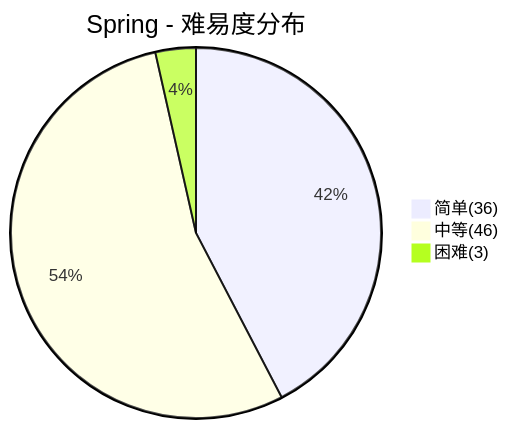
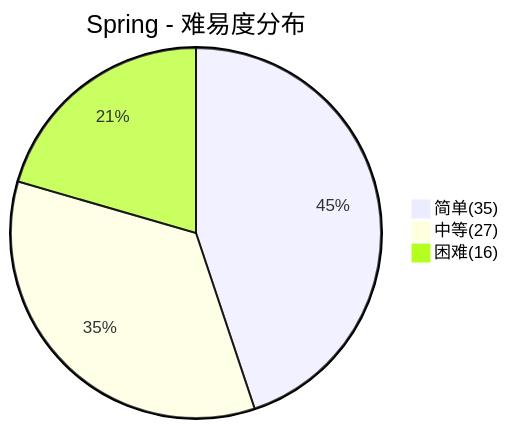
One commit to dunwu/waterdrop changed the second of 6 diagrams in docs/99.面试/Java框架面试.md. Above: the diagram before and after it, drawn with Mermaid. The commit also changed other lines of this file and 73 other files, not shown here.

````diff
--- a/docs/99.面试/Java框架面试.md
+++ b/docs/99.面试/Java框架面试.md
@@ -74,6 +74,6 @@
 ```mermaid
 pie title Spring - 难易度分布
-    "简单(36)" : 36
-    "中等(46)" : 46
-    "困难(3)" : 3
+    "简单(35)" : 35
+    "中等(27)" : 27
+    "困难(16)" : 16
 ```
````
